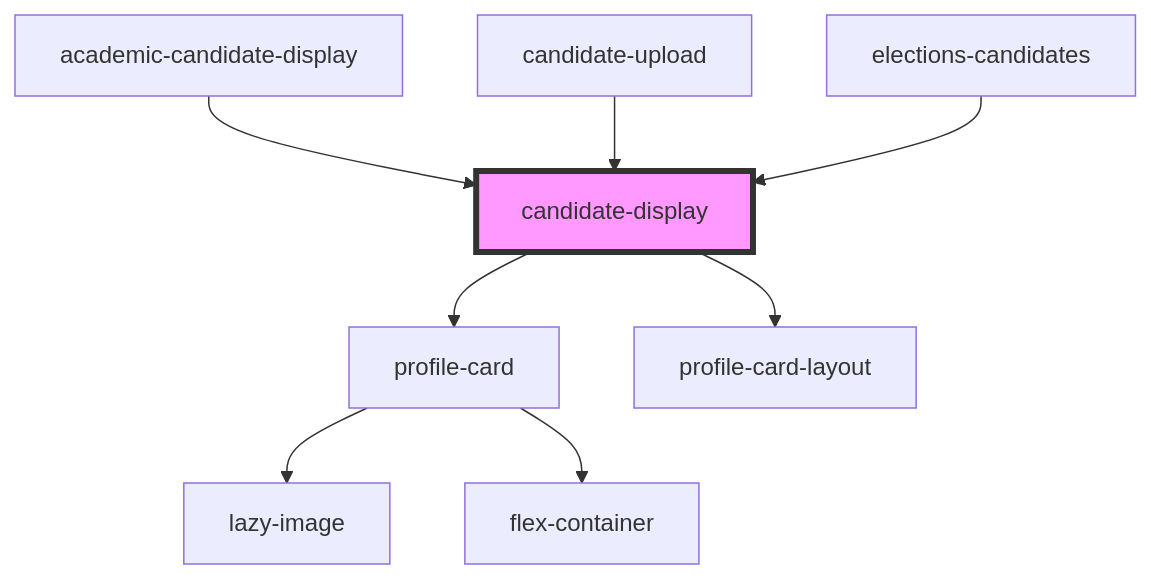
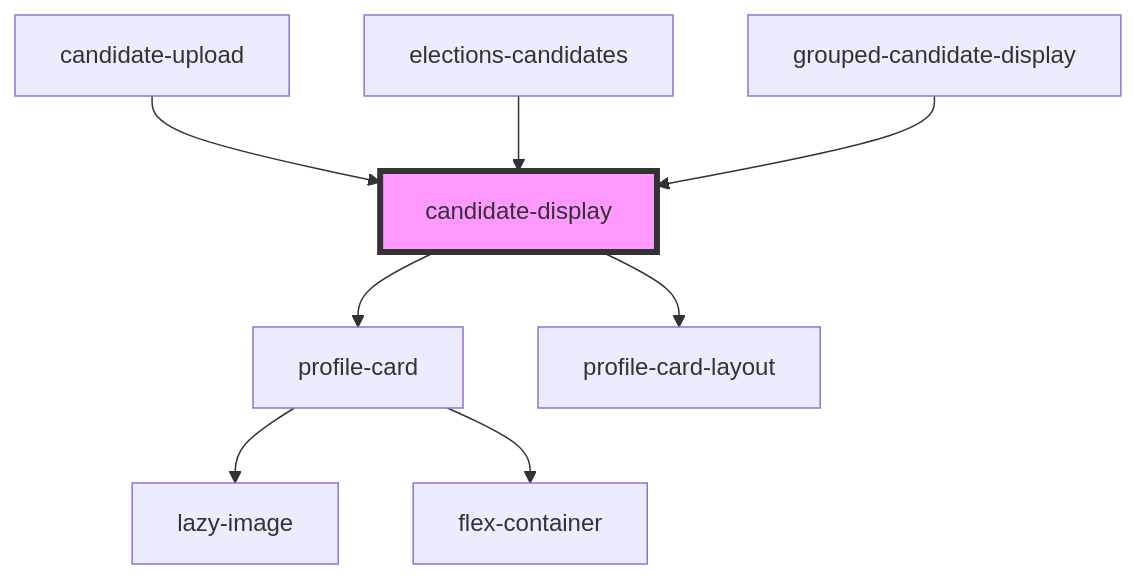
The diagram in src/components/projects/elections/elections-candidates/candidates-display/readme.md (dev-kylo/component_library), drawn with Mermaid before and after one commit. The commit also changed other lines of this file and 46 other files, not shown here.

````diff
--- a/src/components/projects/elections/elections-candidates/candidates-display/readme.md
+++ b/src/components/projects/elections/elections-candidates/candidates-display/readme.md
@@ -29,11 +29,11 @@
 ```mermaid
 graph TD;
   candidate-display --> profile-card
   candidate-display --> profile-card-layout
   profile-card --> lazy-image
   profile-card --> flex-container
-  academic-candidate-display --> candidate-display
   candidate-upload --> candidate-display
   elections-candidates --> candidate-display
+  grouped-candidate-display --> candidate-display
   style candidate-display fill:#f9f,stroke:#333,stroke-width:4px
 ```
````
